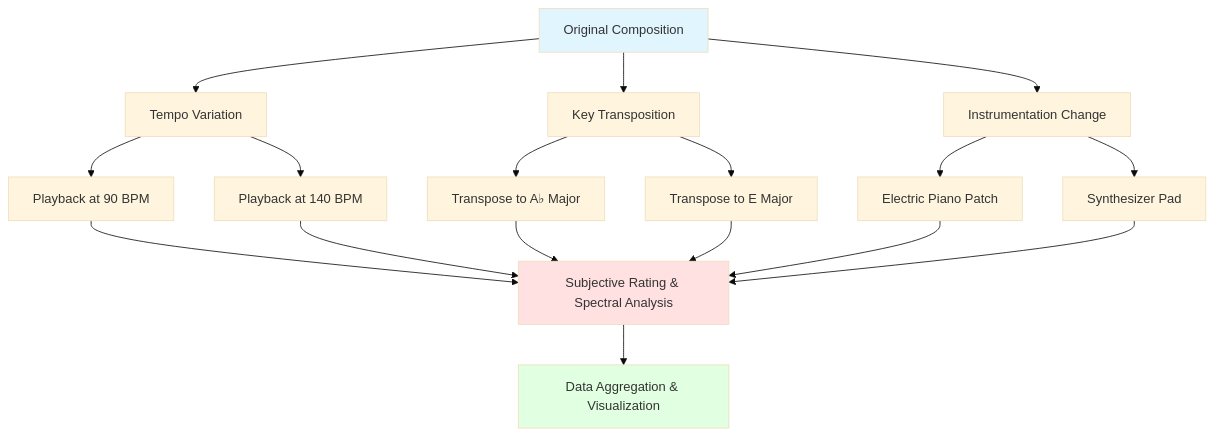
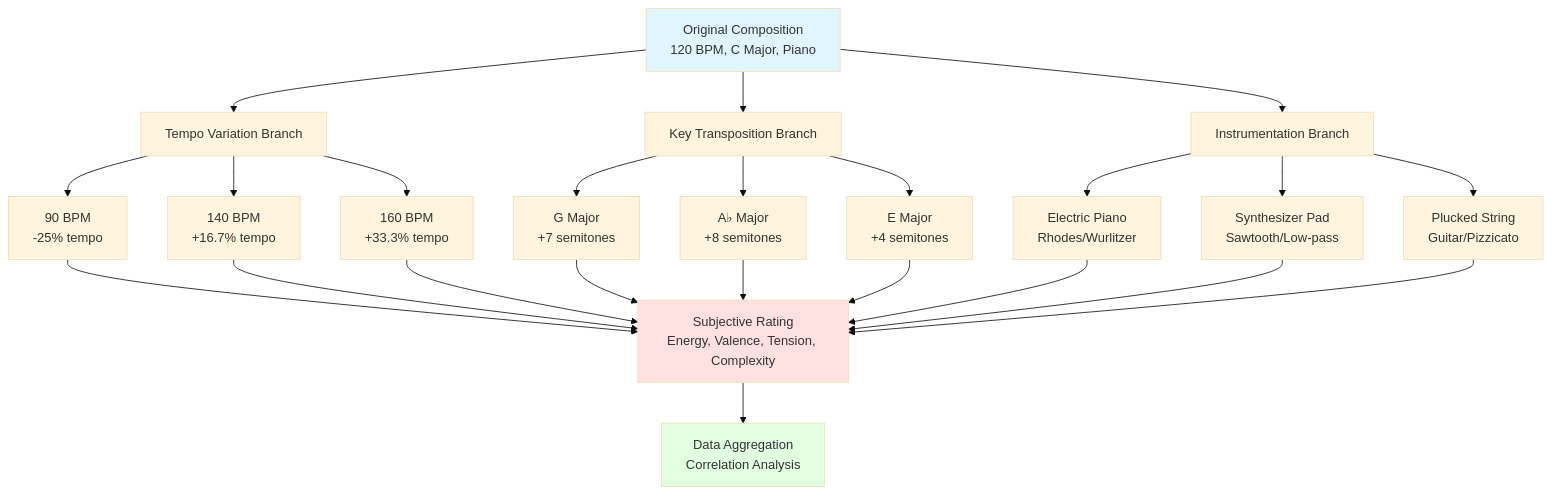
The second of 4 diagrams in topics/arts/composition/songwriting/labs.md (blebleblee/synapse), drawn with Mermaid (base theme) before and after one commit. The commit also changed other lines of this file and 4 other files, not shown here.

````diff
--- a/topics/arts/composition/songwriting/labs.md
+++ b/topics/arts/composition/songwriting/labs.md
@@ -254,22 +323,25 @@
 ```mermaid
 graph TD
-    A["Original Composition"] --> B["Tempo Variation"]
-    A --> C["Key Transposition"]
-    A --> D["Instrumentation Change"]
+    A["Original Composition<br/>120 BPM, C Major, Piano"] --> B["Tempo Variation Branch"]
+    A --> C["Key Transposition Branch"]
+    A --> D["Instrumentation Branch"]
     
-    B --> E["Playback at 90 BPM"]
-    B --> F["Playback at 140 BPM"]
+    B --> E["90 BPM<br/>-25% tempo"]
+    B --> F["140 BPM<br/>+16.7% tempo"]
+    B --> G["160 BPM<br/>+33.3% tempo"]
     
-    C --> G["Transpose to A♭ Major"]
-    C --> H["Transpose to E Major"]
+    C --> H["G Major<br/>+7 semitones"]
+    C --> I["A♭ Major<br/>+8 semitones"]
+    C --> J["E Major<br/>+4 semitones"]
     
-    D --> I["Electric Piano Patch"]
-    D --> J["Synthesizer Pad"]
+    D --> K["Electric Piano<br/>Rhodes/Wurlitzer"]
+    D --> L["Synthesizer Pad<br/>Sawtooth/Low-pass"]
+    D --> M["Plucked String<br/>Guitar/Pizzicato"]
     
-    E & F & G & H & I & J --> K["Subjective Rating & Spectral Analysis"]
-    K --> L["Data Aggregation & Visualization"]
+    E & F & G & H & I & J & K & L & M --> N["Subjective Rating<br/>Energy, Valence, Tension, Complexity"]
+    N --> O["Data Aggregation<br/>Correlation Analysis"]
     
     style A fill:#e1f5ff
-    style K fill:#ffe1e1
-    style L fill:#e1ffe1
+    style N fill:#ffe1e1
+    style O fill:#e1ffe1
 ```
````
